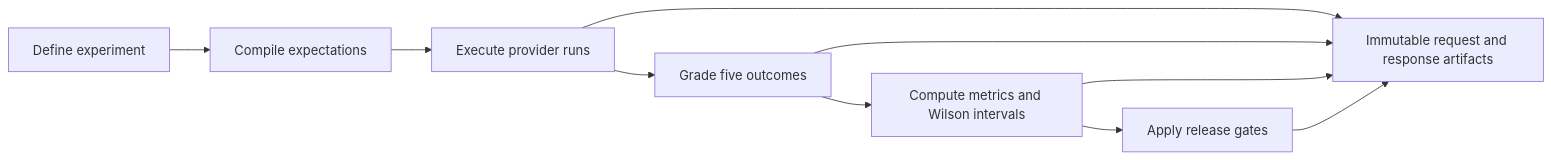
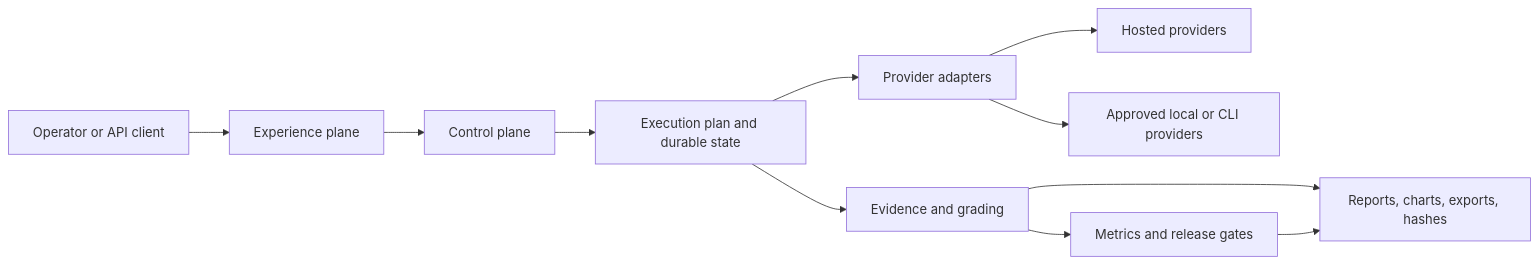
The first of 4 diagrams in README.md (Runndownn/Wilson-Eval3ngine-), drawn with Mermaid before and after one commit. The commit also changed other lines of this file, not shown here.

First line of the commit message:
docs(readme): align architecture, security, deployment, and validation guidance

````diff
--- a/README.md
+++ b/README.md
@@ -21,12 +19,13 @@
 ```mermaid
 flowchart LR
-    D[Define experiment] --> C[Compile expectations]
-    C --> E[Execute provider runs]
-    E --> G[Grade five outcomes]
-    G --> M[Compute metrics and Wilson intervals]
-    M --> R[Apply release gates]
-    E --> A[Immutable request and response artifacts]
-    G --> A
+    U[Operator or API client] --> X[Experience plane]
+    X --> C[Control plane]
+    C --> Q[Execution plan and durable state]
+    Q --> P[Provider adapters]
+    P --> H[Hosted providers]
+    P --> L[Approved local or CLI providers]
+    Q --> E[Evidence and grading]
+    E --> M[Metrics and release gates]
+    E --> A[Reports, charts, exports, hashes]
     M --> A
-    R --> A
 ```
````
